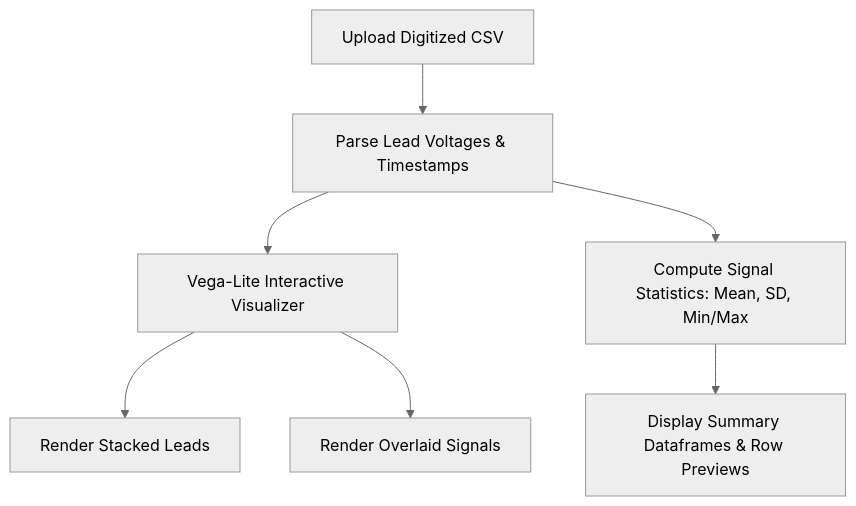
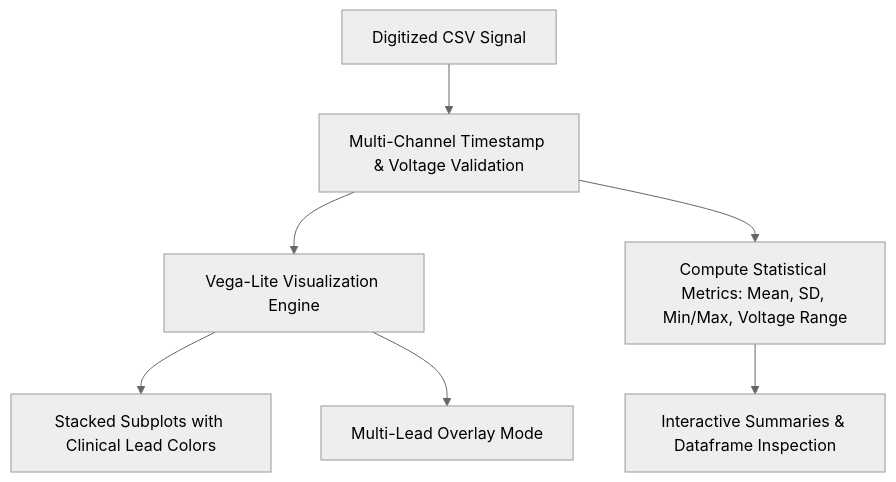
Before and after one commit to nshreyasvi/ECGLight: the second of 4 diagrams in README.md, drawn with Mermaid (neutral theme). The commit also changed other lines of this file and 18 other files, not shown here.

````diff
--- a/README.md
+++ b/README.md
@@ -264,9 +313,9 @@
 ```mermaid
 graph TD
-    A[Upload Digitized CSV] --> B[Parse Lead Voltages & Timestamps]
-    B --> C[Vega-Lite Interactive Visualizer]
-    C --> C1[Render Stacked Leads]
-    C --> C2[Render Overlaid Signals]
-    B --> D[Compute Signal Statistics: Mean, SD, Min/Max]
-    D --> E[Display Summary Dataframes & Row Previews]
+    A[Digitized CSV Signal] --> B[Multi-Channel Timestamp & Voltage Validation]
+    B --> C[Vega-Lite Visualization Engine]
+    C --> C1[Stacked Subplots with Clinical Lead Colors]
+    C --> C2[Multi-Lead Overlay Mode]
+    B --> D[Compute Statistical Metrics: Mean, SD, Min/Max, Voltage Range]
+    D --> E[Interactive Summaries & Dataframe Inspection]
 ```
````
